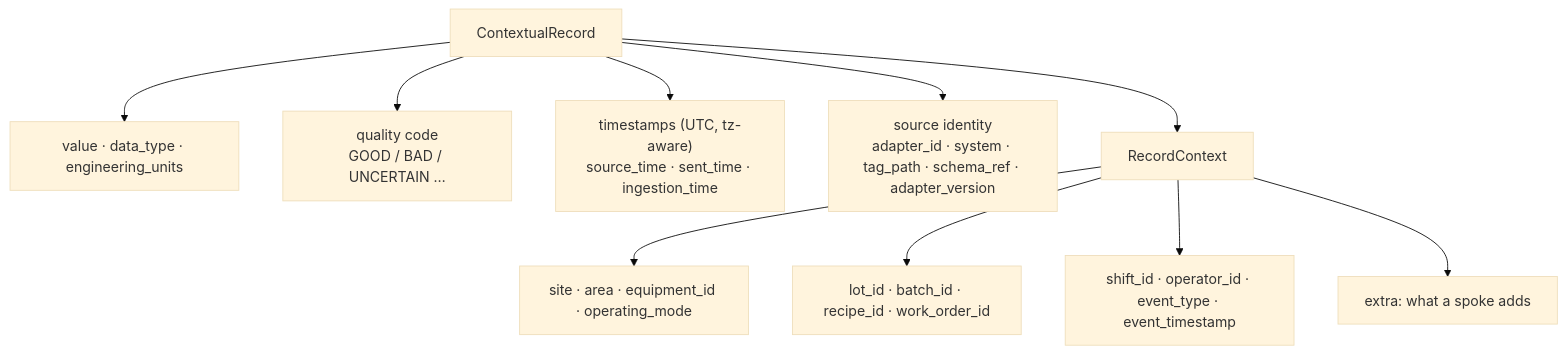
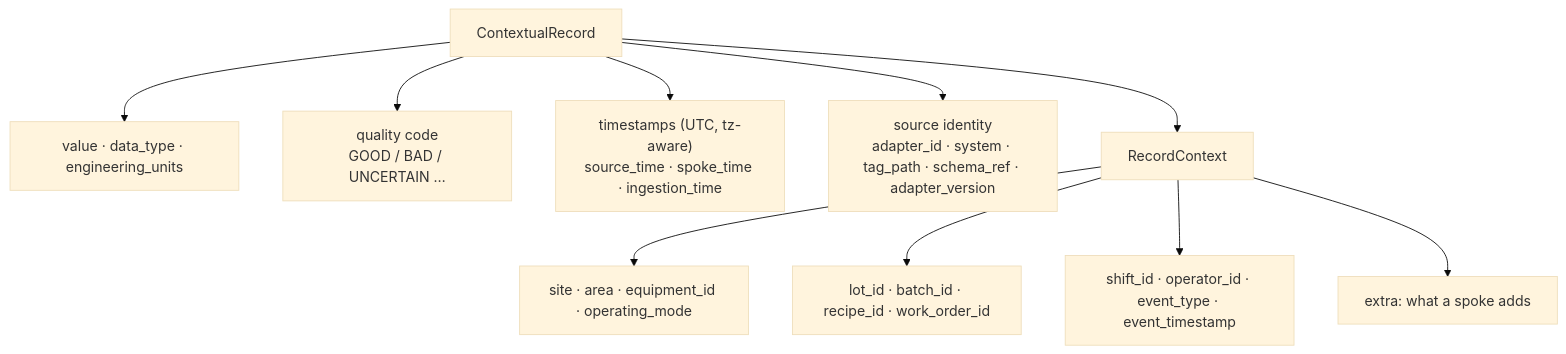
The third of 24 diagrams in docs/tutorial.md (reh3376/forge), drawn with Mermaid (base theme) before and after one commit. The commit also changed other lines of this file and 60 other files, not shown here.

````diff
--- a/docs/tutorial.md
+++ b/docs/tutorial.md
@@ -300,13 +300,13 @@
 ```mermaid
 flowchart TD
   R["ContextualRecord"]
   R --> V["value · data_type · engineering_units"]
   R --> Q["quality code<br/>GOOD / BAD / UNCERTAIN …"]
-  R --> T["timestamps (UTC, tz-aware)<br/>source_time · sent_time · ingestion_time"]
+  R --> T["timestamps (UTC, tz-aware)<br/>source_time · spoke_time · ingestion_time"]
   R --> S["source identity<br/>adapter_id · system · tag_path · schema_ref · adapter_version"]
   R --> C["RecordContext"]
   C --> C1["site · area · equipment_id · operating_mode"]
   C --> C2["lot_id · batch_id · recipe_id · work_order_id"]
   C --> C3["shift_id · operator_id · event_type · event_timestamp"]
   C --> C4["extra: what a spoke adds"]
 ```
````
